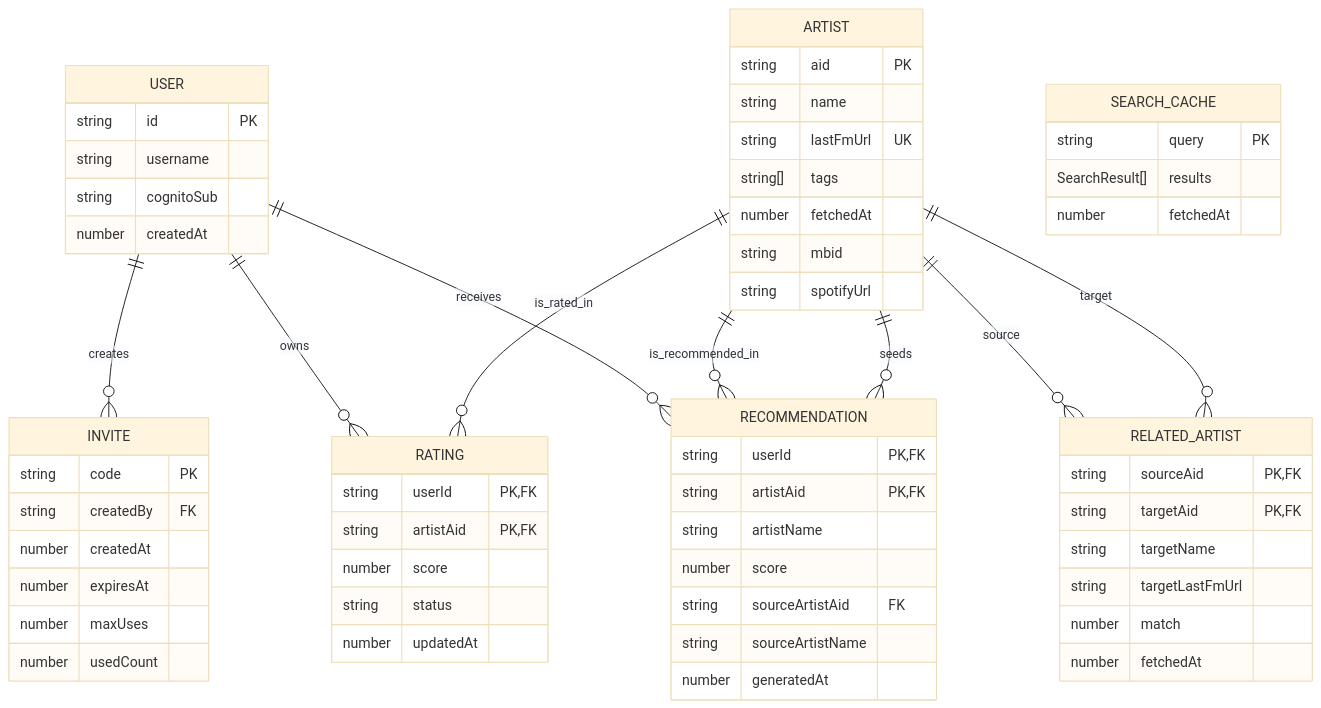
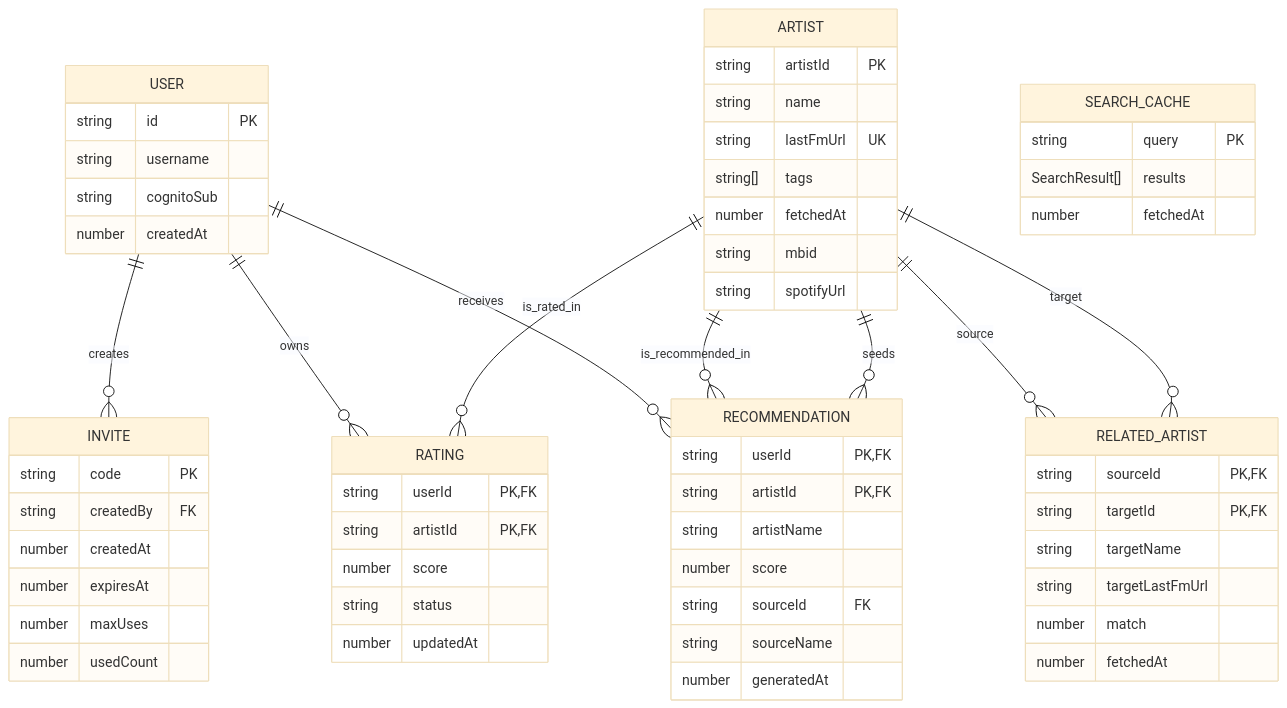
One commit to Vilsepi/bandmap changed the diagram in doc/backend-api-and-data-model.md. Above: the diagram before and after it, drawn with Mermaid (base theme). The commit also changed other lines of this file and 21 other files, not shown here.

````diff
--- a/doc/backend-api-and-data-model.md
+++ b/doc/backend-api-and-data-model.md
@@ -28,65 +28,65 @@
 ```mermaid
 erDiagram
 	USER ||--o{ INVITE : creates
 	USER ||--o{ RATING : owns
 	ARTIST ||--o{ RATING : is_rated_in
 	USER ||--o{ RECOMMENDATION : receives
 	ARTIST ||--o{ RECOMMENDATION : is_recommended_in
 	ARTIST ||--o{ RECOMMENDATION : seeds
 	ARTIST ||--o{ RELATED_ARTIST : source
 	ARTIST ||--o{ RELATED_ARTIST : target
 	SEARCH_CACHE
 
 	USER {
 		string id PK
 		string username
 		string cognitoSub
 		number createdAt
 	}
 	INVITE {
 		string code PK
 		string createdBy FK
 		number createdAt
 		number expiresAt
 		number maxUses
 		number usedCount
 	}
 	ARTIST {
-		string aid PK
+		string artistId PK
 		string name
 		string lastFmUrl UK
 		string[] tags
 		number fetchedAt
 		string mbid
 		string spotifyUrl
 	}
 	RELATED_ARTIST {
-		string sourceAid PK, FK
-		string targetAid PK, FK
+		string sourceId PK, FK
+		string targetId PK, FK
 		string targetName
 		string targetLastFmUrl
 		number match
 		number fetchedAt
 	}
 	RATING {
 		string userId PK, FK
-		string artistAid PK, FK
+		string artistId PK, FK
 		number score
 		string status
 		number updatedAt
 	}
 	RECOMMENDATION {
 		string userId PK, FK
-		string artistAid PK, FK
+		string artistId PK, FK
 		string artistName
 		number score
-		string sourceArtistAid FK
-		string sourceArtistName
+		string sourceId FK
+		string sourceName
 		number generatedAt
 	}
 	SEARCH_CACHE {
 		string query PK
 		SearchResult[] results
 		number fetchedAt
 	}
 ```
````
